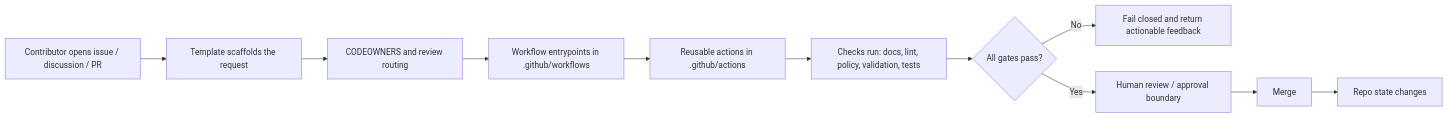
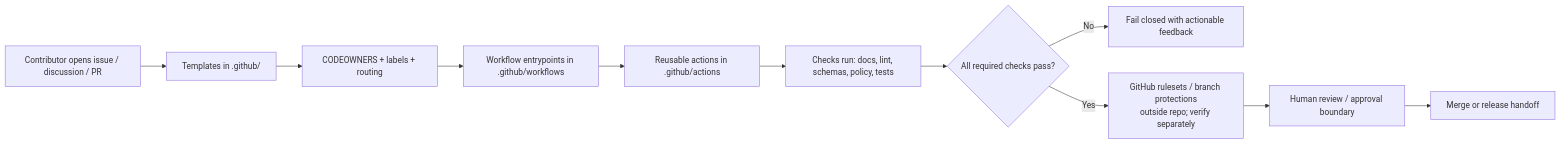
The diagram in .github/README.md (bartytime4life/Kansas-Frontier-Matrix), drawn with Mermaid before and after one commit. The commit also changed other lines of this file, not shown here.

````diff
--- a/.github/README.md
+++ b/.github/README.md
@@ -253,13 +221,13 @@
 ```mermaid
 flowchart LR
-    A[Contributor opens issue / discussion / PR] --> B[Template scaffolds the request]
-    B --> C[CODEOWNERS and review routing]
+    A[Contributor opens issue / discussion / PR] --> B[Templates in .github/]
+    B --> C[CODEOWNERS + labels + routing]
     C --> D[Workflow entrypoints in .github/workflows]
     D --> E[Reusable actions in .github/actions]
-    E --> F[Checks run: docs, lint, policy, validation, tests]
-    F --> G{All gates pass?}
-    G -- No --> H[Fail closed and return actionable feedback]
-    G -- Yes --> I[Human review / approval boundary]
-    I --> J[Merge]
-    J --> K[Repo state changes]
+    E --> F[Checks run: docs, lint, schemas, policy, tests]
+    F --> G{All required checks pass?}
+    G -- No --> H[Fail closed with actionable feedback]
+    G -- Yes --> I[GitHub rulesets / branch protections<br/>outside repo; verify separately]
+    I --> J[Human review / approval boundary]
+    J --> K[Merge or release handoff]
 ```
````
